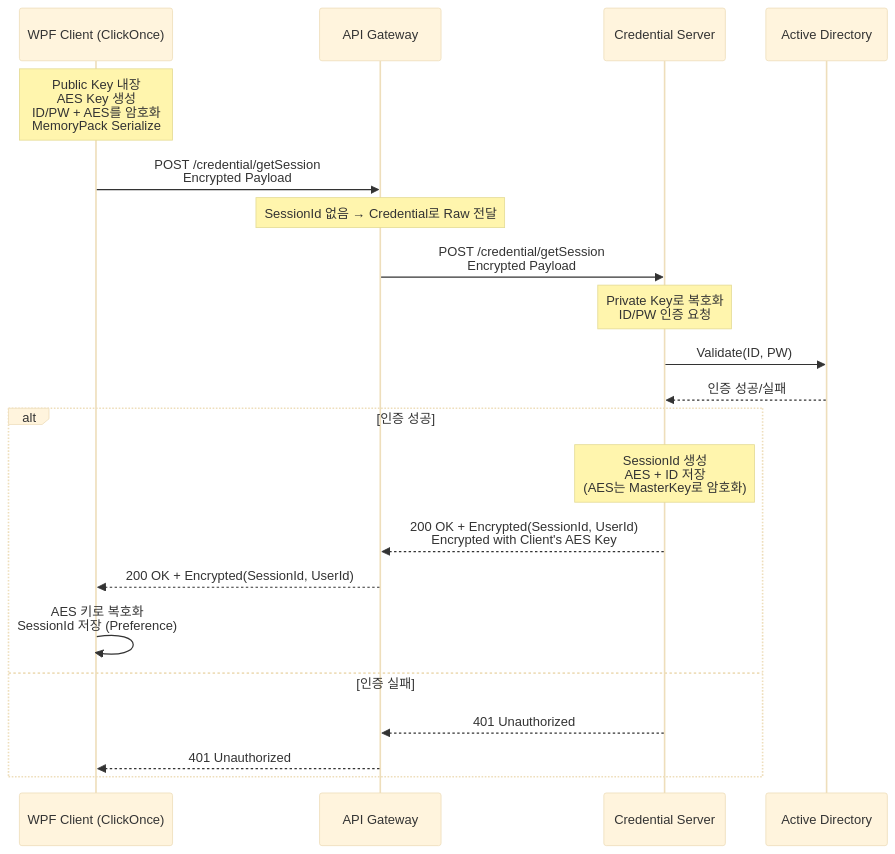
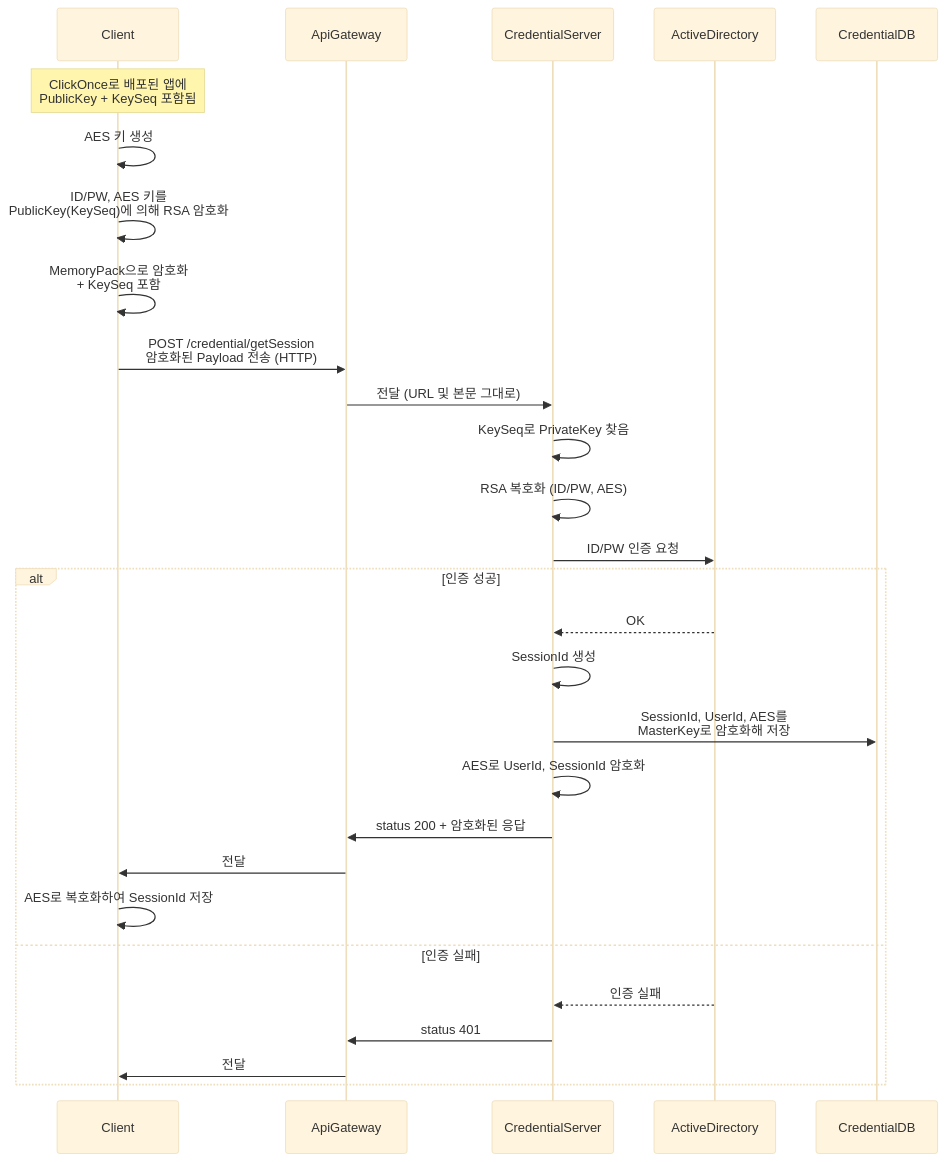
Before and after one commit to remcat-lab/platform: the diagram in 020. Credential/GetSession.md, drawn with Mermaid (base theme). The commit also changed other lines of this file, not shown here.

Commit message:
RSA 공개키와 KeySeq를 함께 배포하는 방식 추가

````diff
--- a/020. Credential/GetSession.md
+++ b/020. Credential/GetSession.md
@@ -13,26 +14,37 @@
 ```mermaid
 sequenceDiagram
-    participant Client as WPF Client (ClickOnce)
-    participant APIGW as API Gateway
-    participant Credential as Credential Server
-    participant AD as Active Directory
+    participant Client
+    participant ApiGateway
+    participant CredentialServer
+    participant ActiveDirectory
+    participant CredentialDB
 
-    Note over Client: Public Key 내장<br/>AES Key 생성<br/>ID/PW + AES를 암호화<br/>MemoryPack Serialize
-    Client->>APIGW: POST /credential/getSession<br/>Encrypted Payload
-    Note over APIGW: SessionId 없음 → Credential로 Raw 전달
-    APIGW->>Credential: POST /credential/getSession<br/>Encrypted Payload
-    Note over Credential: Private Key로 복호화<br/>ID/PW 인증 요청
-    Credential->>AD: Validate(ID, PW)
-    AD-->>Credential: 인증 성공/실패
+    Note over Client: ClickOnce로 배포된 앱에<br/>PublicKey + KeySeq 포함됨
+
+    Client->>Client: AES 키 생성
+    Client->>Client: ID/PW, AES 키를<br/>PublicKey(KeySeq)에 의해 RSA 암호화
+    Client->>Client: MemoryPack으로 암호화<br/>+ KeySeq 포함
+
+    Client->>ApiGateway: POST /credential/getSession<br/>암호화된 Payload 전송 (HTTP)
+
+    ApiGateway->>CredentialServer: 전달 (URL 및 본문 그대로)
+
+    CredentialServer->>CredentialServer: KeySeq로 PrivateKey 찾음
+    CredentialServer->>CredentialServer: RSA 복호화 (ID/PW, AES)
+    CredentialServer->>ActiveDirectory: ID/PW 인증 요청
+
     alt 인증 성공
-        Note over Credential: SessionId 생성<br/>AES + ID 저장<br/>(AES는 MasterKey로 암호화)
-        Credential-->>APIGW: 200 OK + Encrypted(SessionId, UserId)<br/>Encrypted with Client's AES Key
-        APIGW-->>Client: 200 OK + Encrypted(SessionId, UserId)
-        Client->>Client: AES 키로 복호화<br/>SessionId 저장 (Preference)
+        ActiveDirectory-->>CredentialServer: OK
+        CredentialServer->>CredentialServer: SessionId 생성
+        CredentialServer->>CredentialDB: SessionId, UserId, AES를<br/>MasterKey로 암호화해 저장
+        CredentialServer->>CredentialServer: AES로 UserId, SessionId 암호화
+        CredentialServer->>ApiGateway: status 200 + 암호화된 응답
+        ApiGateway->>Client: 전달
+        Client->>Client: AES로 복호화하여 SessionId 저장
     else 인증 실패
-        Credential-->>APIGW: 401 Unauthorized
-        APIGW-->>Client: 401 Unauthorized
+        ActiveDirectory-->>CredentialServer: 인증 실패
+        CredentialServer->>ApiGateway: status 401
+        ApiGateway->>Client: 전달
     end
 
-
 ```
````
